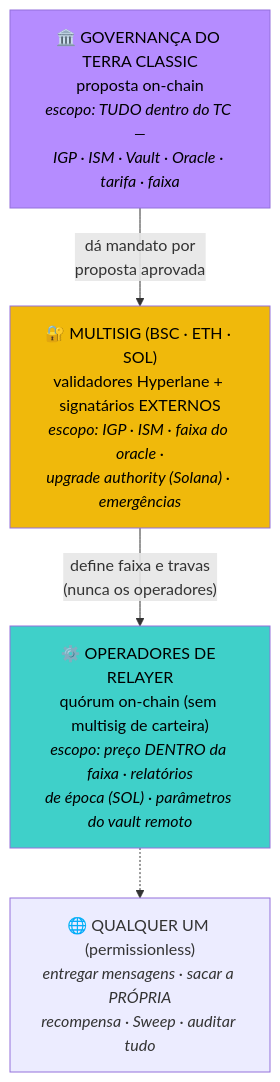
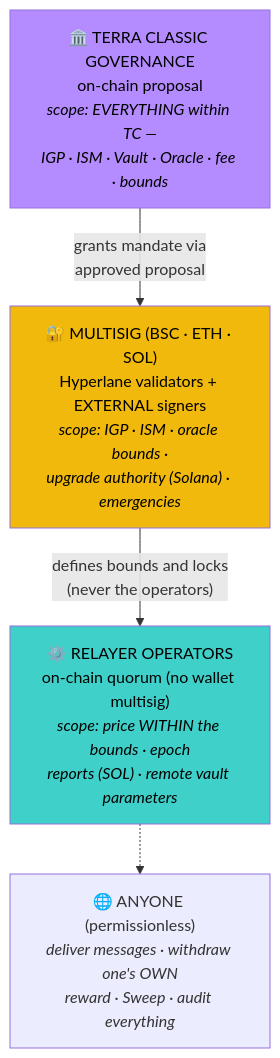
One commit to terra-classic-hyperlane/proof-of-delivery changed the sixth of 9 diagrams in docs/ARQUITETURA.md. Above: the diagram before and after it, drawn with Mermaid. The commit also changed other lines of this file and 29 other files, not shown here.

````diff
--- a/docs/ARQUITETURA.md
+++ b/docs/ARQUITETURA.md
@@ -172,14 +172,14 @@
 ```mermaid
 flowchart TB
-    GOV["🏛️ GOVERNANÇA DO TERRA CLASSIC<br/>proposta on-chain<br/><i>escopo: TUDO dentro do TC —<br/>IGP · ISM · Vault · Oracle · tarifa · faixa</i>"]
-    MS["🔐 MULTISIG (BSC · ETH · SOL)<br/>validadores Hyperlane + signatários EXTERNOS<br/><i>escopo: IGP · ISM · faixa do oracle ·<br/>upgrade authority (Solana) · emergências</i>"]
-    OPS["⚙️ OPERADORES DE RELAYER<br/>quórum on-chain (sem multisig de carteira)<br/><i>escopo: preço DENTRO da faixa · relatórios<br/>de época (SOL) · parâmetros do vault remoto</i>"]
-    ALL["🌐 QUALQUER UM (permissionless)<br/><i>entregar mensagens · sacar a PRÓPRIA<br/>recompensa · Sweep · auditar tudo</i>"]
+    GOV["🏛️ TERRA CLASSIC GOVERNANCE<br/>on-chain proposal<br/><i>scope: EVERYTHING within TC —<br/>IGP · ISM · Vault · Oracle · fee · bounds</i>"]
+    MS["🔐 MULTISIG (BSC · ETH · SOL)<br/>Hyperlane validators + EXTERNAL signers<br/><i>scope: IGP · ISM · oracle bounds ·<br/>upgrade authority (Solana) · emergencies</i>"]
+    OPS["⚙️ RELAYER OPERATORS<br/>on-chain quorum (no wallet multisig)<br/><i>scope: price WITHIN the bounds · epoch<br/>reports (SOL) · remote vault parameters</i>"]
+    ALL["🌐 ANYONE (permissionless)<br/><i>deliver messages · withdraw one's OWN<br/>reward · Sweep · audit everything</i>"]
 
-    GOV -- "dá mandato por<br/>proposta aprovada" --> MS
-    MS -- "define faixa e travas<br/>(nunca os operadores)" --> OPS
+    GOV -- "grants mandate via<br/>approved proposal" --> MS
+    MS -- "defines bounds and locks<br/>(never the operators)" --> OPS
     OPS -.-> ALL
     style GOV fill:#B58CFF,color:#000
     style MS fill:#F0B90B,color:#000
     style OPS fill:#3FD0C9,color:#000
 ```
````
